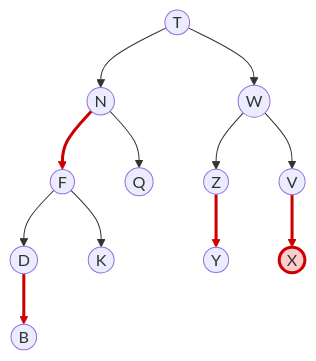
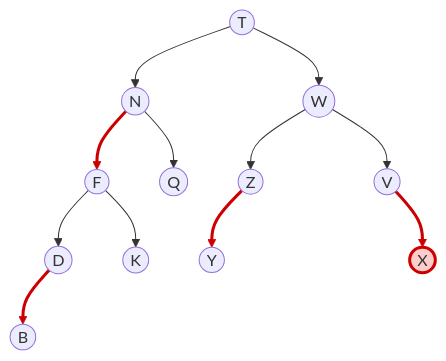
Before and after one commit to tmtxt/tmtxt.github.com: diagram 12 of 17 in _drafts/2018-09-25-red-black-bst.md, drawn with Mermaid. The commit also changed other lines of this file, not shown here.

```diff
--- a/_drafts/2018-09-25-red-black-bst.md
+++ b/_drafts/2018-09-25-red-black-bst.md
@@ -242,21 +242,27 @@
 <div class="mermaid">
 graph TD
   T((T)) --> N((N))
   T --> W((W))
   N --> F((F))
   N --> Q((Q))
   F --> D((D))
   F --> K((K))
   D --> B((B))
+  D ~~~ Dpad(( ))
   W --> V((V))
   W --> Z((Z))
   Z --> Y((Y))
+  Z ~~~ Zpad(( ))
+  V ~~~ Vpad(( ))
   V --> X((X))
 
 linkStyle 2 stroke:#c00,stroke-width:3px
 linkStyle 6 stroke:#c00,stroke-width:3px
-linkStyle 9 stroke:#c00,stroke-width:3px
 linkStyle 10 stroke:#c00,stroke-width:3px
+linkStyle 13 stroke:#c00,stroke-width:3px
 style X fill:#ffcccc,stroke:#c00,stroke-width:3px
+style Dpad fill:transparent,stroke:transparent
+style Zpad fill:transparent,stroke:transparent
+style Vpad fill:transparent,stroke:transparent
 
 </div>
```
